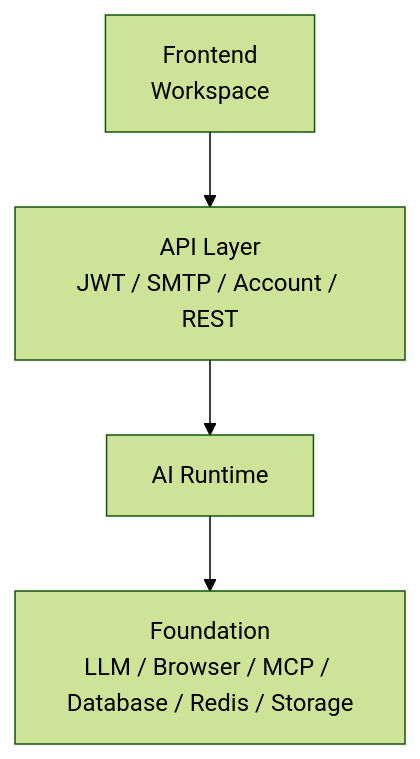
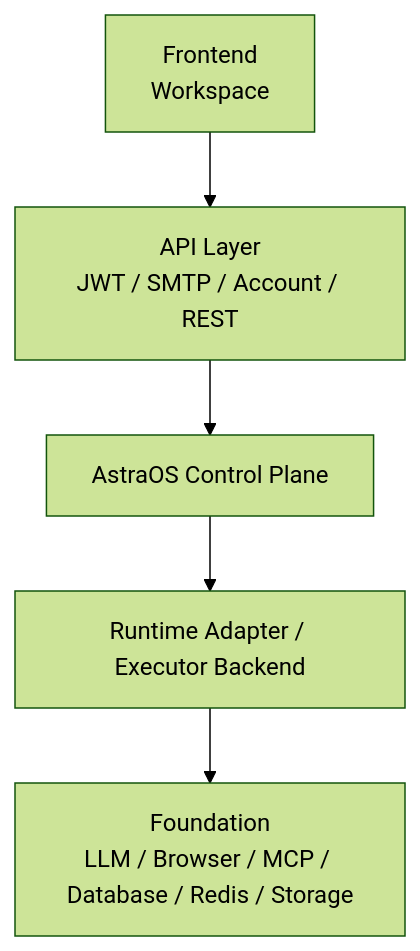
The diagram in docs/Chinese/mvp/TEMP_WORKSPACE_FIRST_REMEDIATION_PLAN.md (suberking0212/Astra-OS), drawn with Mermaid (forest theme) before and after one commit. The commit also changed other lines of this file and 28 other files, not shown here.

````diff
--- a/docs/Chinese/mvp/TEMP_WORKSPACE_FIRST_REMEDIATION_PLAN.md
+++ b/docs/Chinese/mvp/TEMP_WORKSPACE_FIRST_REMEDIATION_PLAN.md
@@ -25,6 +27,7 @@
 ```mermaid
 flowchart TD
   FE[Frontend<br/>Workspace] --> API[API Layer<br/>JWT / SMTP / Account / REST]
-  API --> RT[AI Runtime]
-  RT --> FD[Foundation<br/>LLM / Browser / MCP / Database / Redis / Storage]
+  API --> CP[AstraOS Control Plane]
+  CP --> RA[Runtime Adapter / Executor Backend]
+  RA --> FD[Foundation<br/>LLM / Browser / MCP / Database / Redis / Storage]
 ```
````
